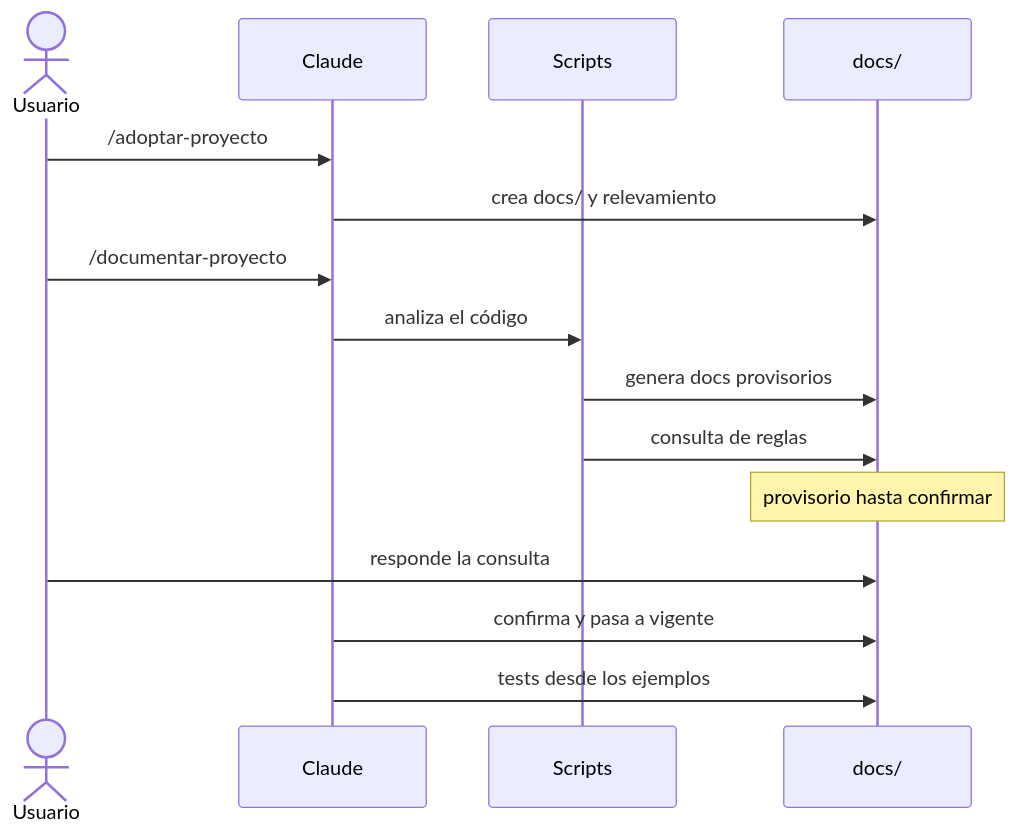
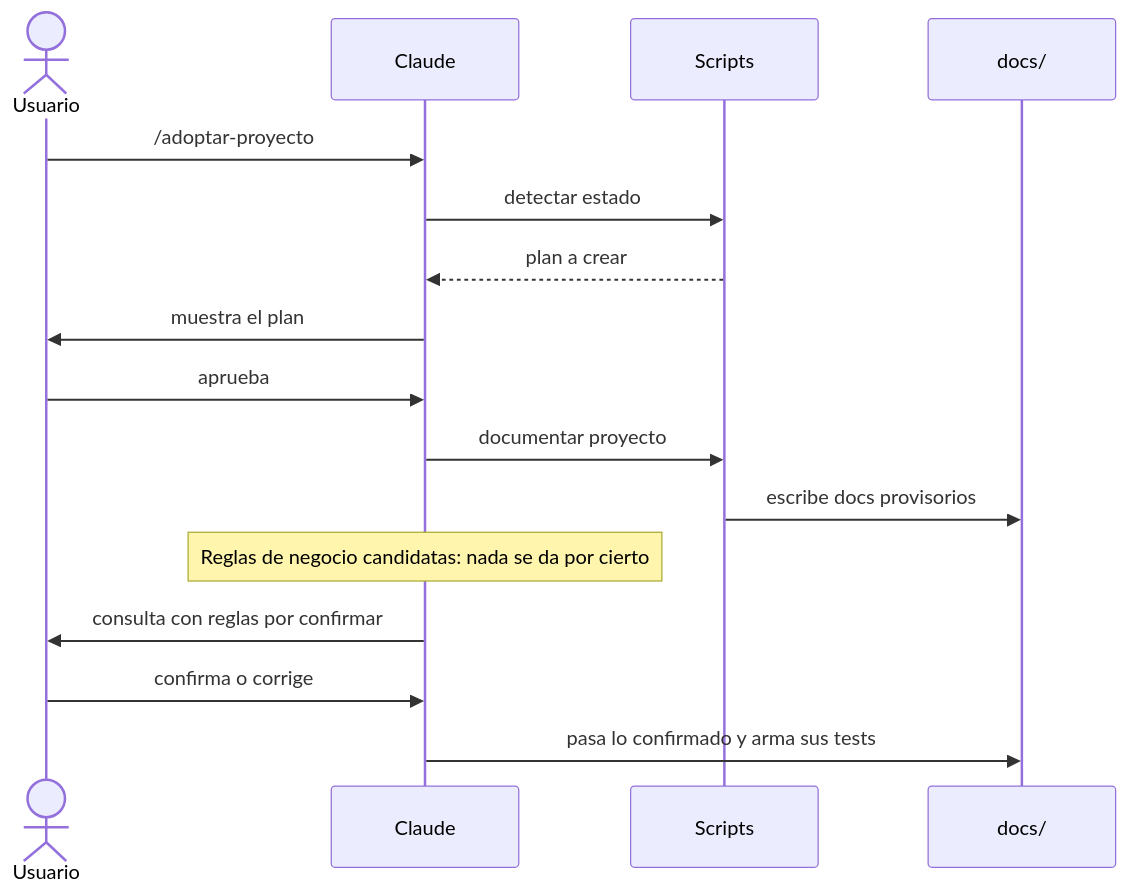
Before and after one commit to dante-sinesi/senior-developer-skill: the diagram in docs/diagramas/confirmar-proyecto-existente.md, drawn with Mermaid. The commit also changed 29 other files, not shown here.

First line of the commit message:
feat(readme): portada, cifras medidas y diagramas como tarjetas SVG (#68)

````diff
--- a/docs/diagramas/confirmar-proyecto-existente.md
+++ b/docs/diagramas/confirmar-proyecto-existente.md
@@ -14,17 +14,18 @@
 ```mermaid
 sequenceDiagram
     actor U as Usuario
     participant C as Claude
     participant S as Scripts
     participant D as docs/
     U->>C: /adoptar-proyecto
-    C->>D: crea docs/ y relevamiento
-    U->>C: /documentar-proyecto
-    C->>S: analiza el código
-    S->>D: genera docs provisorios
-    S->>D: consulta de reglas
-    Note over D: provisorio hasta confirmar
-    U->>D: responde la consulta
-    C->>D: confirma y pasa a vigente
-    C->>D: tests desde los ejemplos
+    C->>S: detectar estado
+    S-->>C: plan a crear
+    C->>U: muestra el plan
+    U->>C: aprueba
+    C->>S: documentar proyecto
+    S->>D: escribe docs provisorios
+    Note over C: Reglas de negocio candidatas: nada se da por cierto
+    C->>U: consulta con reglas por confirmar
+    U->>C: confirma o corrige
+    C->>D: pasa lo confirmado y arma sus tests
 ```
````
